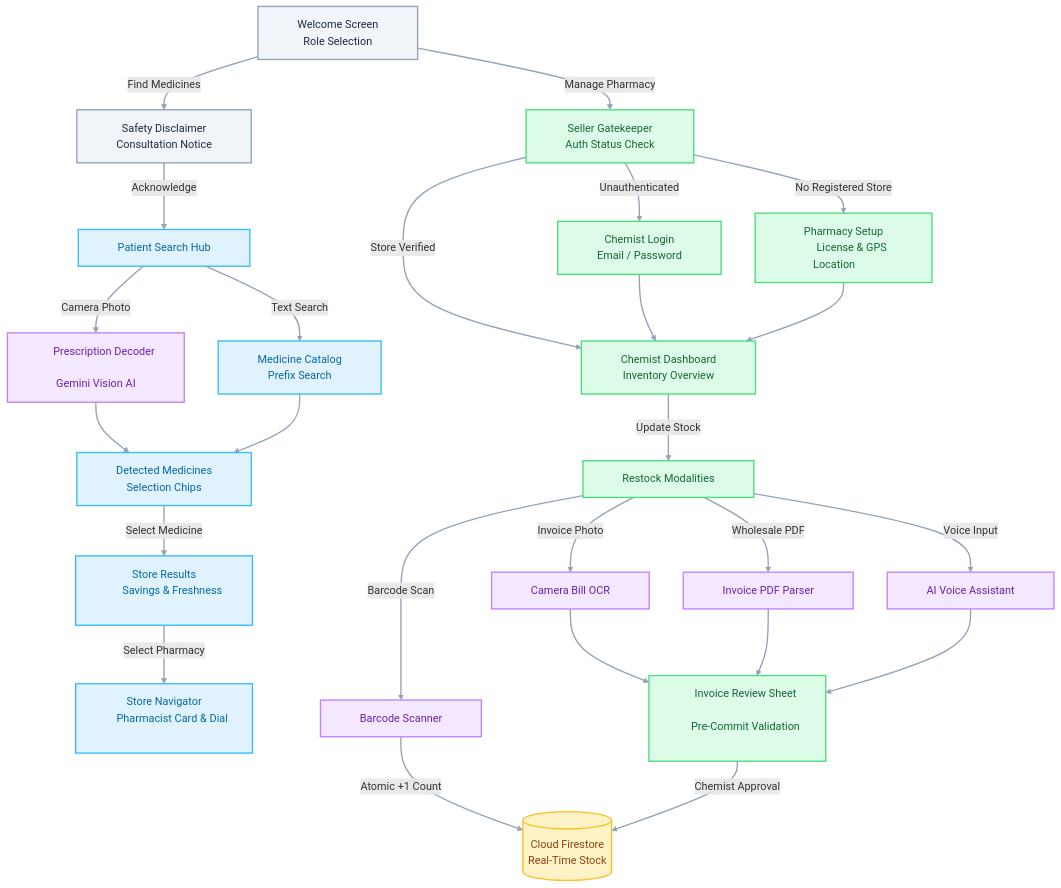
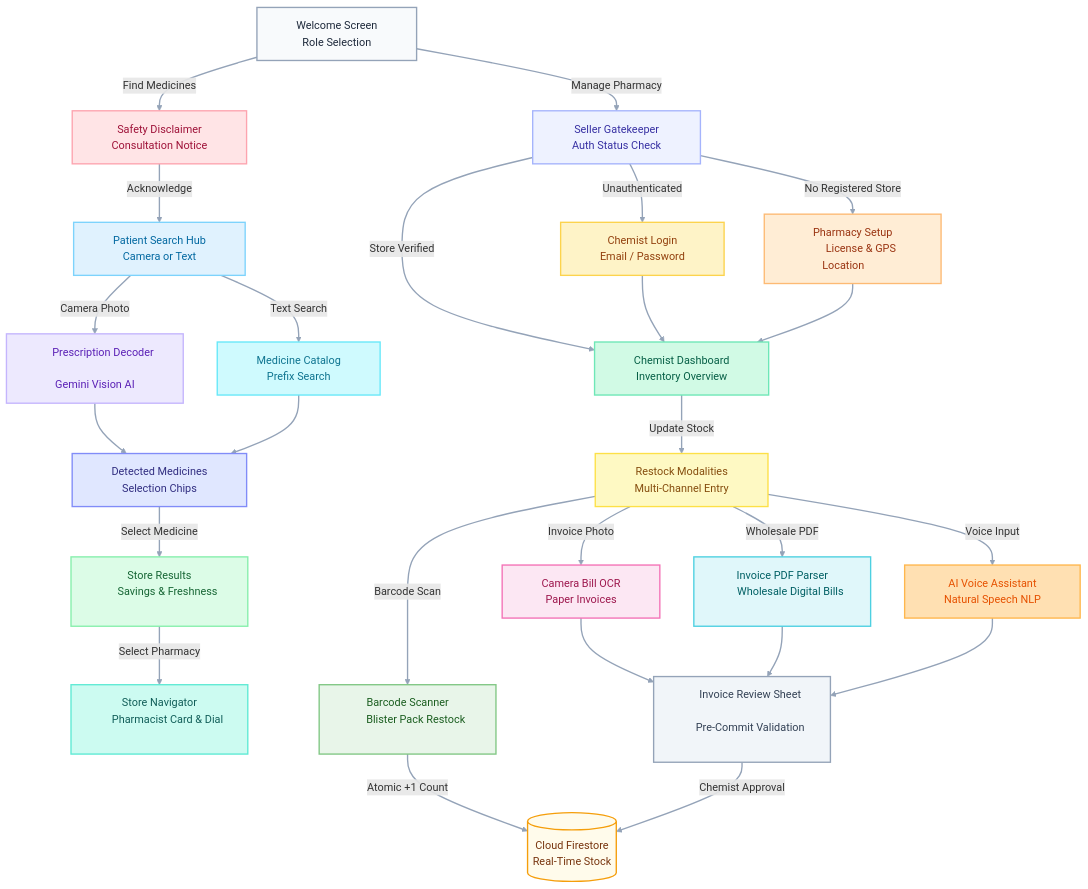
The sixth of 6 diagrams in README.md (Parth-Chavan-15/MedSetu-TechSprint), drawn with Mermaid before and after one commit. The commit also changed other lines of this file, not shown here.

Commit message:
style: expand all large flowcharts by default with prominent h3 summary banners and diverse pastel palettes across all diagrams

````diff
--- a/README.md
+++ b/README.md
@@ -406,47 +449,75 @@
 ```mermaid
 flowchart TD
     WELCOME["&nbsp;&nbsp;&nbsp;&nbsp;&nbsp;&nbsp; Welcome Screen &nbsp;&nbsp;&nbsp;&nbsp;&nbsp;&nbsp;<br/>&nbsp;&nbsp;&nbsp;&nbsp;&nbsp;&nbsp; Role Selection &nbsp;&nbsp;&nbsp;&nbsp;&nbsp;&nbsp;"] -->|Find Medicines| MODAL["&nbsp;&nbsp;&nbsp;&nbsp;&nbsp;&nbsp; Safety Disclaimer &nbsp;&nbsp;&nbsp;&nbsp;&nbsp;&nbsp;<br/>&nbsp;&nbsp;&nbsp;&nbsp;&nbsp;&nbsp; Consultation Notice &nbsp;&nbsp;&nbsp;&nbsp;&nbsp;&nbsp;"]
     WELCOME -->|Manage Pharmacy| GATE["&nbsp;&nbsp;&nbsp;&nbsp;&nbsp;&nbsp; Seller Gatekeeper &nbsp;&nbsp;&nbsp;&nbsp;&nbsp;&nbsp;<br/>&nbsp;&nbsp;&nbsp;&nbsp;&nbsp;&nbsp; Auth Status Check &nbsp;&nbsp;&nbsp;&nbsp;&nbsp;&nbsp;"]
 
-    MODAL -->|Acknowledge| PS_HUB["&nbsp;&nbsp;&nbsp;&nbsp;&nbsp;&nbsp; Patient Search Hub &nbsp;&nbsp;&nbsp;&nbsp;&nbsp;&nbsp;"]
+    MODAL -->|Acknowledge| PS_HUB["&nbsp;&nbsp;&nbsp;&nbsp;&nbsp;&nbsp; Patient Search Hub &nbsp;&nbsp;&nbsp;&nbsp;&nbsp;&nbsp;<br/>&nbsp;&nbsp;&nbsp;&nbsp;&nbsp;&nbsp; Camera or Text &nbsp;&nbsp;&nbsp;&nbsp;&nbsp;&nbsp;"]
     PS_HUB -->|Camera Photo| RX_DEC["&nbsp;&nbsp;&nbsp;&nbsp;&nbsp;&nbsp; Prescription Decoder &nbsp;&nbsp;&nbsp;&nbsp;&nbsp;&nbsp;<br/>&nbsp;&nbsp;&nbsp;&nbsp;&nbsp;&nbsp; Gemini Vision AI &nbsp;&nbsp;&nbsp;&nbsp;&nbsp;&nbsp;"]
     PS_HUB -->|Text Search| TXT_MATCH["&nbsp;&nbsp;&nbsp;&nbsp;&nbsp;&nbsp; Medicine Catalog &nbsp;&nbsp;&nbsp;&nbsp;&nbsp;&nbsp;<br/>&nbsp;&nbsp;&nbsp;&nbsp;&nbsp;&nbsp; Prefix Search &nbsp;&nbsp;&nbsp;&nbsp;&nbsp;&nbsp;"]
     RX_DEC --> CHIPS["&nbsp;&nbsp;&nbsp;&nbsp;&nbsp;&nbsp; Detected Medicines &nbsp;&nbsp;&nbsp;&nbsp;&nbsp;&nbsp;<br/>&nbsp;&nbsp;&nbsp;&nbsp;&nbsp;&nbsp; Selection Chips &nbsp;&nbsp;&nbsp;&nbsp;&nbsp;&nbsp;"]
     TXT_MATCH --> CHIPS
 
     CHIPS -->|Select Medicine| RESULTS["&nbsp;&nbsp;&nbsp;&nbsp;&nbsp;&nbsp; Store Results &nbsp;&nbsp;&nbsp;&nbsp;&nbsp;&nbsp;<br/>&nbsp;&nbsp;&nbsp;&nbsp;&nbsp;&nbsp; Savings & Freshness &nbsp;&nbsp;&nbsp;&nbsp;&nbsp;&nbsp;"]
     RESULTS -->|Select Pharmacy| NAV["&nbsp;&nbsp;&nbsp;&nbsp;&nbsp;&nbsp; Store Navigator &nbsp;&nbsp;&nbsp;&nbsp;&nbsp;&nbsp;<br/>&nbsp;&nbsp;&nbsp;&nbsp;&nbsp;&nbsp; Pharmacist Card & Dial &nbsp;&nbsp;&nbsp;&nbsp;&nbsp;&nbsp;"]
 
     GATE -->|Unauthenticated| LOGIN["&nbsp;&nbsp;&nbsp;&nbsp;&nbsp;&nbsp; Chemist Login &nbsp;&nbsp;&nbsp;&nbsp;&nbsp;&nbsp;<br/>&nbsp;&nbsp;&nbsp;&nbsp;&nbsp;&nbsp; Email / Password &nbsp;&nbsp;&nbsp;&nbsp;&nbsp;&nbsp;"]
     GATE -->|No Registered Store| REG["&nbsp;&nbsp;&nbsp;&nbsp;&nbsp;&nbsp; Pharmacy Setup &nbsp;&nbsp;&nbsp;&nbsp;&nbsp;&nbsp;<br/>&nbsp;&nbsp;&nbsp;&nbsp;&nbsp;&nbsp; License & GPS Location &nbsp;&nbsp;&nbsp;&nbsp;&nbsp;&nbsp;"]
     GATE -->|Store Verified| DASH["&nbsp;&nbsp;&nbsp;&nbsp;&nbsp;&nbsp; Chemist Dashboard &nbsp;&nbsp;&nbsp;&nbsp;&nbsp;&nbsp;<br/>&nbsp;&nbsp;&nbsp;&nbsp;&nbsp;&nbsp; Inventory Overview &nbsp;&nbsp;&nbsp;&nbsp;&nbsp;&nbsp;"]
 
     LOGIN --> DASH
     REG --> DASH
-    DASH -->|Update Stock| SCAN["&nbsp;&nbsp;&nbsp;&nbsp;&nbsp;&nbsp; Restock Modalities &nbsp;&nbsp;&nbsp;&nbsp;&nbsp;&nbsp;"]
+    DASH -->|Update Stock| SCAN["&nbsp;&nbsp;&nbsp;&nbsp;&nbsp;&nbsp; Restock Modalities &nbsp;&nbsp;&nbsp;&nbsp;&nbsp;&nbsp;<br/>&nbsp;&nbsp;&nbsp;&nbsp;&nbsp;&nbsp; Multi-Channel Entry &nbsp;&nbsp;&nbsp;&nbsp;&nbsp;&nbsp;"]
 
-    SCAN -->|Invoice Photo| MOD_INV["&nbsp;&nbsp;&nbsp;&nbsp;&nbsp;&nbsp; Camera Bill OCR &nbsp;&nbsp;&nbsp;&nbsp;&nbsp;&nbsp;"]
-    SCAN -->|Wholesale PDF| MOD_PDF["&nbsp;&nbsp;&nbsp;&nbsp;&nbsp;&nbsp; Invoice PDF Parser &nbsp;&nbsp;&nbsp;&nbsp;&nbsp;&nbsp;"]
-    SCAN -->|Voice Input| MOD_VOICE["&nbsp;&nbsp;&nbsp;&nbsp;&nbsp;&nbsp; AI Voice Assistant &nbsp;&nbsp;&nbsp;&nbsp;&nbsp;&nbsp;"]
-    SCAN -->|Barcode Scan| MOD_BC["&nbsp;&nbsp;&nbsp;&nbsp;&nbsp;&nbsp; Barcode Scanner &nbsp;&nbsp;&nbsp;&nbsp;&nbsp;&nbsp;"]
+    SCAN -->|Invoice Photo| MOD_INV["&nbsp;&nbsp;&nbsp;&nbsp;&nbsp;&nbsp; Camera Bill OCR &nbsp;&nbsp;&nbsp;&nbsp;&nbsp;&nbsp;<br/>&nbsp;&nbsp;&nbsp;&nbsp;&nbsp;&nbsp; Paper Invoices &nbsp;&nbsp;&nbsp;&nbsp;&nbsp;&nbsp;"]
+    SCAN -->|Wholesale PDF| MOD_PDF["&nbsp;&nbsp;&nbsp;&nbsp;&nbsp;&nbsp; Invoice PDF Parser &nbsp;&nbsp;&nbsp;&nbsp;&nbsp;&nbsp;<br/>&nbsp;&nbsp;&nbsp;&nbsp;&nbsp;&nbsp; Wholesale Digital Bills &nbsp;&nbsp;&nbsp;&nbsp;&nbsp;&nbsp;"]
+    SCAN -->|Voice Input| MOD_VOICE["&nbsp;&nbsp;&nbsp;&nbsp;&nbsp;&nbsp; AI Voice Assistant &nbsp;&nbsp;&nbsp;&nbsp;&nbsp;&nbsp;<br/>&nbsp;&nbsp;&nbsp;&nbsp;&nbsp;&nbsp; Natural Speech NLP &nbsp;&nbsp;&nbsp;&nbsp;&nbsp;&nbsp;"]
+    SCAN -->|Barcode Scan| MOD_BC["&nbsp;&nbsp;&nbsp;&nbsp;&nbsp;&nbsp; Barcode Scanner &nbsp;&nbsp;&nbsp;&nbsp;&nbsp;&nbsp;<br/>&nbsp;&nbsp;&nbsp;&nbsp;&nbsp;&nbsp; Blister Pack Restock &nbsp;&nbsp;&nbsp;&nbsp;&nbsp;&nbsp;"]
 
     MOD_INV --> IRS["&nbsp;&nbsp;&nbsp;&nbsp;&nbsp;&nbsp; Invoice Review Sheet &nbsp;&nbsp;&nbsp;&nbsp;&nbsp;&nbsp;<br/>&nbsp;&nbsp;&nbsp;&nbsp;&nbsp;&nbsp; Pre-Commit Validation &nbsp;&nbsp;&nbsp;&nbsp;&nbsp;&nbsp;"]
     MOD_PDF --> IRS
     MOD_VOICE --> IRS
     MOD_BC -->|Atomic +1 Count| SYNC[(" Cloud Firestore <br/> Real-Time Stock ")]
     IRS -->|Chemist Approval| SYNC
 
-    classDef welcome fill:#F1F5F9,stroke:#94A3B8,color:#1E293B,stroke-width:2px;
-    classDef patient fill:#E0F2FE,stroke:#38BDF8,color:#0369A1,stroke-width:2px;
-    classDef chemist fill:#DCFCE7,stroke:#4ADE80,color:#166534,stroke-width:2px;
-    classDef ai fill:#F3E8FF,stroke:#C084FC,color:#6B21A8,stroke-width:2px;
-    classDef sync fill:#FEF3C7,stroke:#FBBF24,color:#92400E,stroke-width:2px;
+    classDef welcomeNode fill:#F8FAFC,stroke:#94A3B8,color:#1E293B,stroke-width:2px;
+    classDef modalNode fill:#FFE4E6,stroke:#FDA4AF,color:#9F1239,stroke-width:2px;
+    classDef gateNode fill:#EEF2FF,stroke:#A5B4FC,color:#3730A3,stroke-width:2px;
+    classDef hubNode fill:#E0F2FE,stroke:#7DD3FC,color:#0369A1,stroke-width:2px;
+    classDef rxNode fill:#EDE9FE,stroke:#C4B5FD,color:#5B21B6,stroke-width:2px;
+    classDef txtNode fill:#CFFAFE,stroke:#67E8F9,color:#0E7490,stroke-width:2px;
+    classDef chipNode fill:#E0E7FF,stroke:#818CF8,color:#312E81,stroke-width:2px;
+    classDef resultsNode fill:#DCFCE7,stroke:#86EFAC,color:#166534,stroke-width:2px;
+    classDef navNode fill:#CCFBF1,stroke:#5EEAD4,color:#115E59,stroke-width:2px;
+    classDef loginNode fill:#FEF3C7,stroke:#FCD34D,color:#92400E,stroke-width:2px;
+    classDef regNode fill:#FFEDD5,stroke:#FDBA74,color:#9A3412,stroke-width:2px;
+    classDef dashNode fill:#D1FAE5,stroke:#6EE7B7,color:#065F46,stroke-width:2px;
+    classDef scanNode fill:#FEF9C3,stroke:#FDE047,color:#854D0E,stroke-width:2px;
+    classDef invMod fill:#FCE7F3,stroke:#F472B6,color:#9D174D,stroke-width:2px;
+    classDef pdfMod fill:#E0F7FA,stroke:#4DD0E1,color:#006064,stroke-width:2px;
+    classDef voiceMod fill:#FFE0B2,stroke:#FFB74D,color:#E65100,stroke-width:2px;
+    classDef bcMod fill:#E8F5E9,stroke:#81C784,color:#1B5E20,stroke-width:2px;
+    classDef irsNode fill:#F1F5F9,stroke:#94A3B8,color:#334155,stroke-width:2px;
+    classDef syncNode fill:#FFFBEB,stroke:#F59E0B,color:#78350F,stroke-width:2px;
 
-    class WELCOME,MODAL welcome;
-    class PS_HUB,CHIPS,RESULTS,NAV,TXT_MATCH patient;
-    class GATE,LOGIN,REG,DASH,SCAN,IRS chemist;
-    class RX_DEC,MOD_INV,MOD_PDF,MOD_VOICE,MOD_BC ai;
-    class SYNC sync;
+    class WELCOME welcomeNode;
+    class MODAL modalNode;
+    class GATE gateNode;
+    class PS_HUB hubNode;
+    class RX_DEC rxNode;
+    class TXT_MATCH txtNode;
+    class CHIPS chipNode;
+    class RESULTS resultsNode;
+    class NAV navNode;
+    class LOGIN loginNode;
+    class REG regNode;
+    class DASH dashNode;
+    class SCAN scanNode;
+    class MOD_INV invMod;
+    class MOD_PDF pdfMod;
+    class MOD_VOICE voiceMod;
+    class MOD_BC bcMod;
+    class IRS irsNode;
+    class SYNC syncNode;
 
     linkStyle default stroke:#94A3B8,stroke-width:2px;
 ```
````
